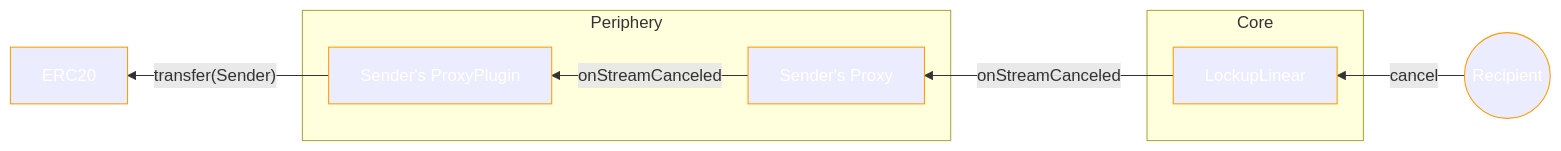
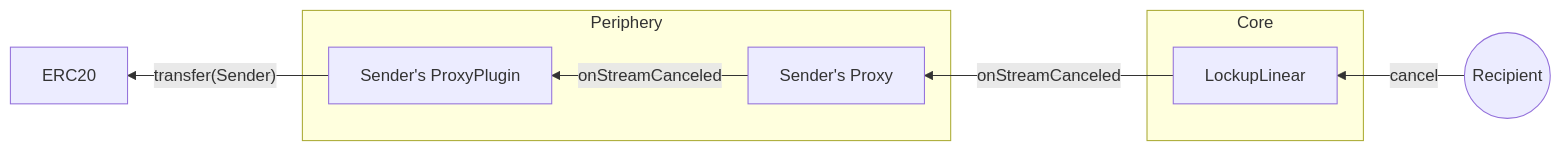
One commit to sablier-labs/docs changed the eighth of 8 diagrams in docs/contracts/v2/reference/02-diagrams.md. Above: the diagram before and after it, drawn with Mermaid. The commit also changed other lines of this file, not shown here.

First line of the commit message:
refactor: split "Diagrams" in two new sections

````diff
--- a/docs/contracts/v2/reference/02-diagrams.md
+++ b/docs/contracts/v2/reference/02-diagrams.md
@@ -215,18 +183,16 @@
 ```mermaid
 flowchart RL
-	classDef object stroke:#ff9C00,color:#ffffff;
   subgraph Periphery
     P[Sender's Proxy]
     PP[Sender's ProxyPlugin]
   end
   subgraph Core
     LL[LockupLinear]
   end
   R((Recipient))
   E[ERC20]
   R -- "cancel" --> LL
   LL -- "onStreamCanceled" --> P
   P -- "onStreamCanceled" --> PP
   PP -- "transfer(Sender)" --> E
-	class R,E,LL,P,PP object;
 ```
````
